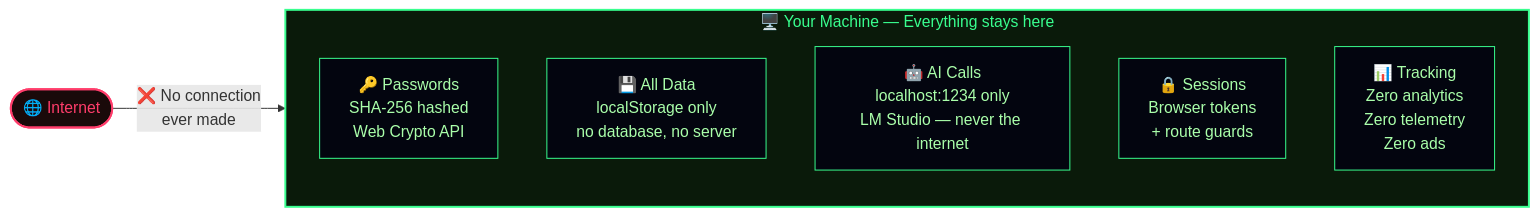
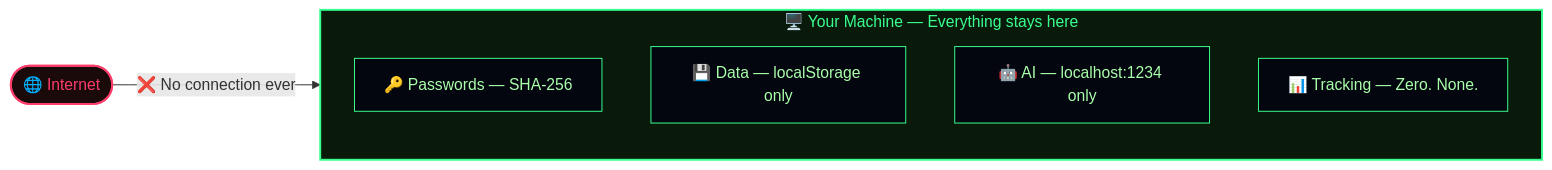
The sixth of 12 diagrams in README.md (Jags-08/ai-ml-journey), drawn with Mermaid before and after one commit. The commit also changed other lines of this file, not shown here.

````diff
--- a/README.md
+++ b/README.md
@@ -383,21 +281,19 @@
 ```mermaid
 flowchart LR
     subgraph YOUR_MACHINE ["🖥️  Your Machine — Everything stays here"]
         direction TB
-        P["🔑 Passwords\nSHA-256 hashed\nWeb Crypto API"]
-        D["💾 All Data\nlocalStorage only\nno database, no server"]
-        AI["🤖 AI Calls\nlocalhost:1234 only\nLM Studio — never the internet"]
-        S["🔒 Sessions\nBrowser tokens\n+ route guards"]
-        T["📊 Tracking\nZero analytics\nZero telemetry\nZero ads"]
+        P["🔑 Passwords — SHA-256"]
+        D["💾 Data — localStorage only"]
+        AI["🤖 AI — localhost:1234 only"]
+        T["📊 Tracking — Zero. None."]
     end
 
-    INTERNET(["🌐 Internet"]) -- "❌ No connection\never made" --> YOUR_MACHINE
+    INTERNET(["🌐 Internet"]) -- "❌ No connection ever" --> YOUR_MACHINE
 
     style YOUR_MACHINE fill:#0a1a0a,stroke:#39ff8f,stroke-width:2px,color:#39ff8f
     style INTERNET fill:#1a0a0a,stroke:#ff3d6b,stroke-width:2px,color:#ff3d6b
     style P fill:#03050f,stroke:#39ff8f,color:#aaffaa
     style D fill:#03050f,stroke:#39ff8f,color:#aaffaa
     style AI fill:#03050f,stroke:#39ff8f,color:#aaffaa
-    style S fill:#03050f,stroke:#39ff8f,color:#aaffaa
     style T fill:#03050f,stroke:#39ff8f,color:#aaffaa
 ```
````
